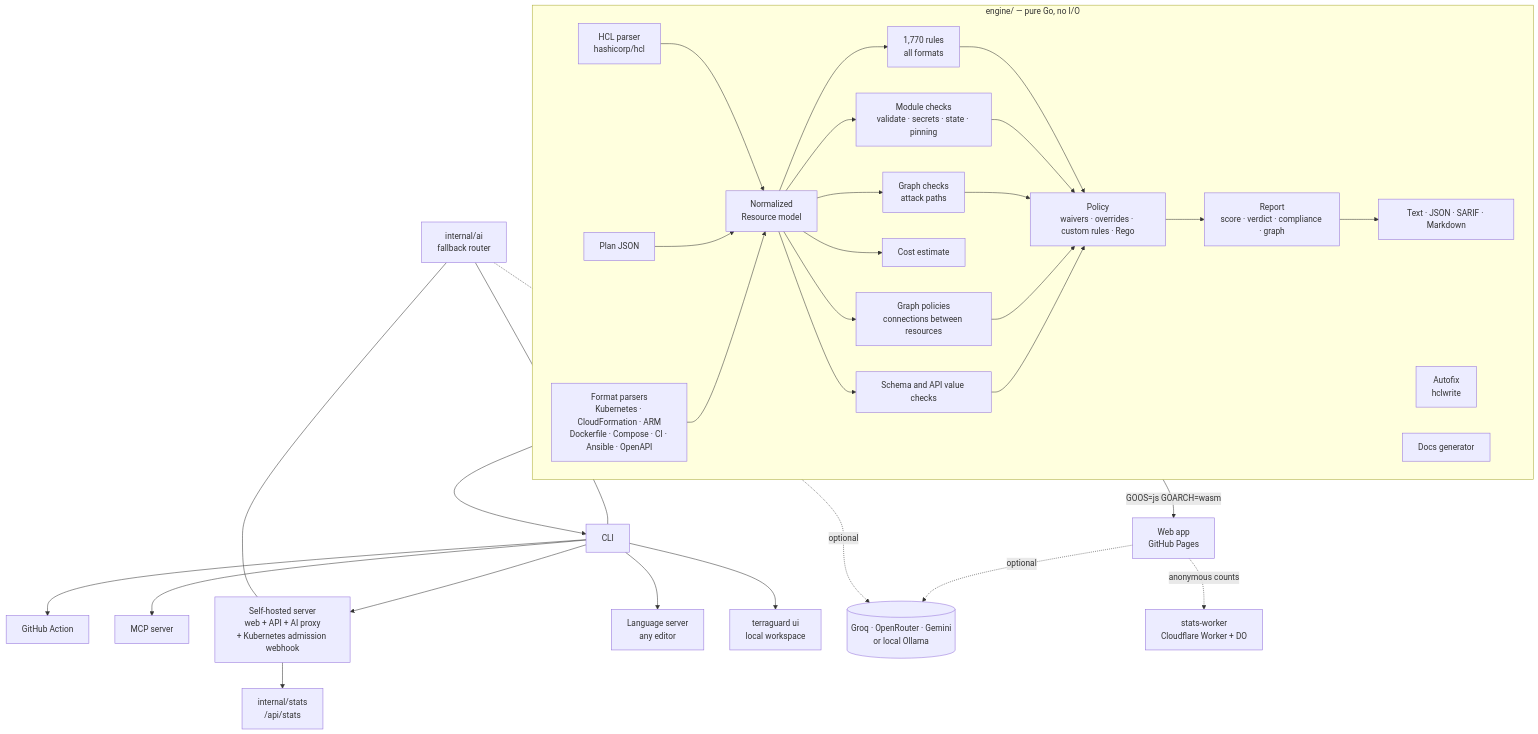
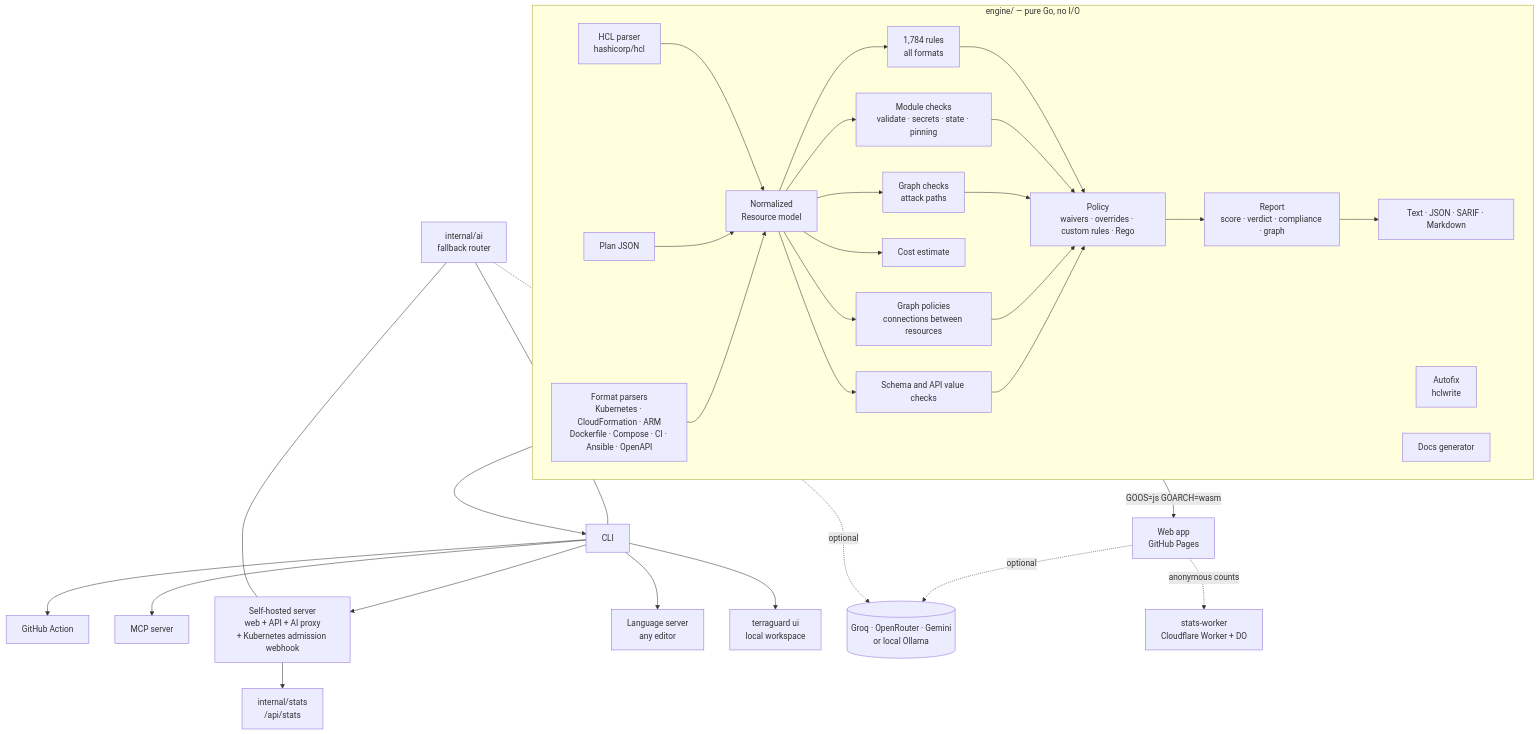
One commit to Karthik-099/TERRAGUARD changed the first of 13 diagrams in docs/ARCHITECTURE.md. Above: the diagram before and after it, drawn with Mermaid. The commit also changed other lines of this file and 63 other files, not shown here.

````diff
--- a/docs/ARCHITECTURE.md
+++ b/docs/ARCHITECTURE.md
@@ -65,35 +65,35 @@
 ```mermaid
 flowchart TB
   subgraph Engine["engine/ — pure Go, no I/O"]
     direction LR
     P[HCL parser<br/>hashicorp/hcl] --> N[Normalized<br/>Resource model]
     PL[Plan JSON] --> N
     FP[Format parsers<br/>Kubernetes · CloudFormation · ARM<br/>Dockerfile · Compose · CI · Ansible · OpenAPI] --> N
-    N --> R[1,770 rules<br/>all formats]
+    N --> R[1,784 rules<br/>all formats]
     N --> GP[Graph policies<br/>connections between resources]
     N --> V[Schema and API value checks]
     N --> COST[Cost estimate]
     N --> M[Module checks<br/>validate · secrets · state · pinning]
     N --> G[Graph checks<br/>attack paths]
     R & M & G & GP & V --> POL[Policy<br/>waivers · overrides · custom rules · Rego]
     POL --> REP[Report<br/>score · verdict · compliance · graph]
     REP --> FMT[Text · JSON · SARIF · Markdown]
     FX[Autofix<br/>hclwrite]
     DOC[Docs generator]
   end
 
   Engine -- GOOS=js GOARCH=wasm --> WEB[Web app<br/>GitHub Pages]
   Engine --> CLI[CLI]
   CLI --> ACT[GitHub Action]
   CLI --> MCP[MCP server]
   CLI --> SRV[Self-hosted server<br/>web + API + AI proxy<br/>+ Kubernetes admission webhook]
   CLI --> LSP[Language server<br/>any editor]
   CLI --> UI[terraguard ui<br/>local workspace]
 
   AIR[internal/ai<br/>fallback router] --- CLI
   AIR --- SRV
   WEB -. optional .-> LLM[(Groq · OpenRouter · Gemini<br/>or local Ollama)]
   AIR -. optional .-> LLM
   WEB -. anonymous counts .-> SW[stats-worker<br/>Cloudflare Worker + DO]
   SRV --> ST[internal/stats<br/>/api/stats]
 ```
````
